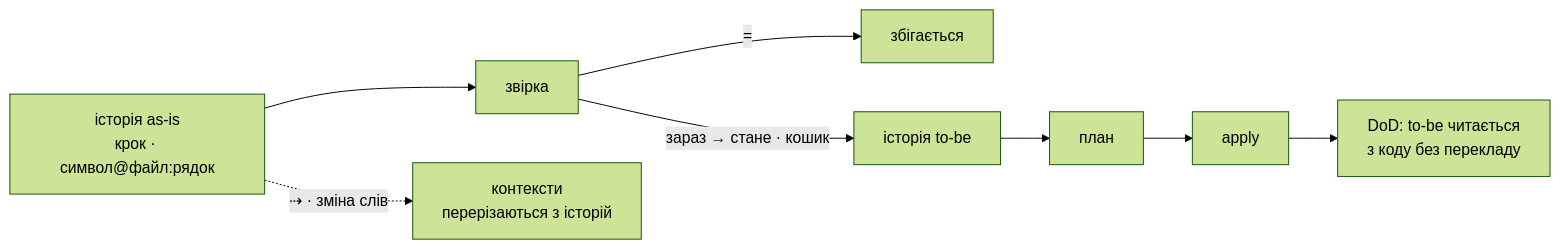
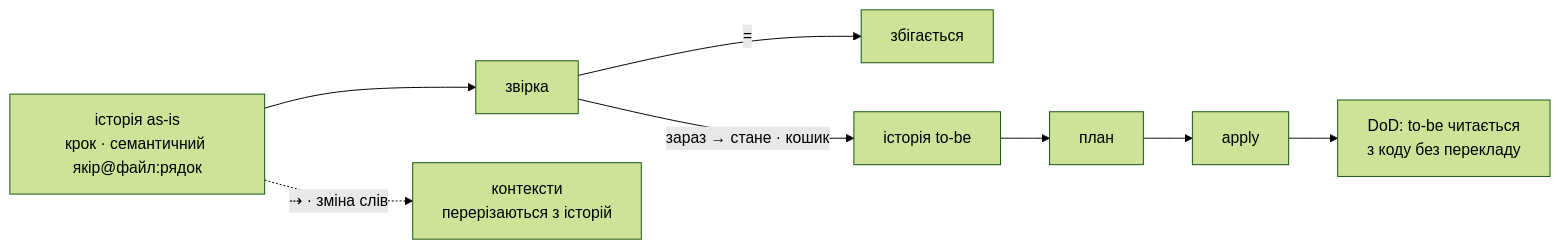
The third of 3 diagrams in README.md (romxnb/restrukt), drawn with Mermaid (forest theme) before and after one commit. The commit also changed other lines of this file and 18 other files, not shown here.

````diff
--- a/README.md
+++ b/README.md
@@ -38,10 +38,10 @@
 ```mermaid
 flowchart LR
-  A["історія as-is<br/>крок · символ@файл:рядок"] --> Z["звірка"]
+  A["історія as-is<br/>крок · семантичний якір@файл:рядок"] --> Z["звірка"]
   Z -->|=| K[збігається]
   Z -->|"зараз → стане · кошик"| T["історія to-be"]
   T --> P["план"]
   P --> X["apply"]
   X --> DoD["DoD: to-be читається<br/>з коду без перекладу"]
   A -.->|"⇢ · зміна слів"| C["контексти<br/>перерізаються з історій"]
 ```
````
